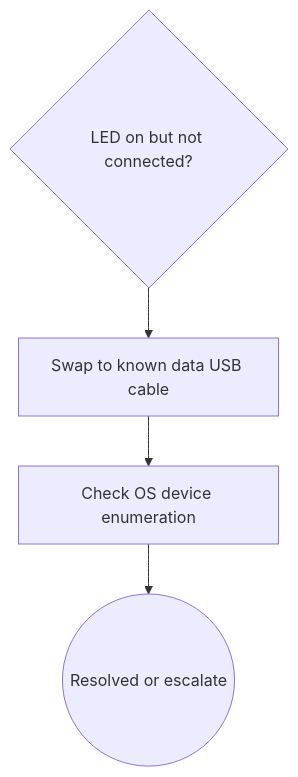
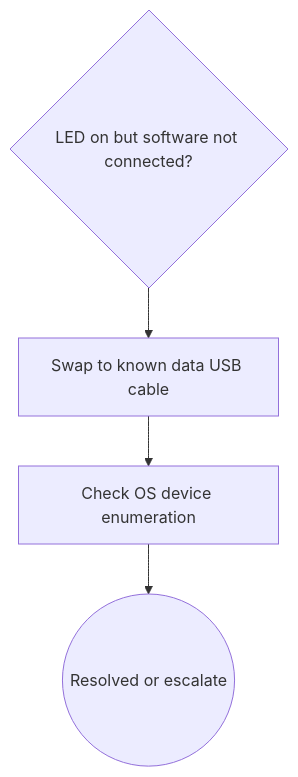
One commit to joyhpc/DebugTool changed the diagram in regression/output_validator_smoke_cases/standard_good.md. Above: the diagram before and after it, drawn with Mermaid. The commit also changed other lines of this file and 22 other files, not shown here.

Commit message:
Harden natural language debug flow

````diff
--- a/regression/output_validator_smoke_cases/standard_good.md
+++ b/regression/output_validator_smoke_cases/standard_good.md
@@ -22,7 +62,7 @@
 ```mermaid
 flowchart TD
-D1{LED on but not connected?}
+D1{LED on but software not connected?}
 D1 --> A1[Swap to known data USB cable]
 A1 --> A2[Check OS device enumeration]
 A2 --> T1((Resolved or escalate))
 ```
````
